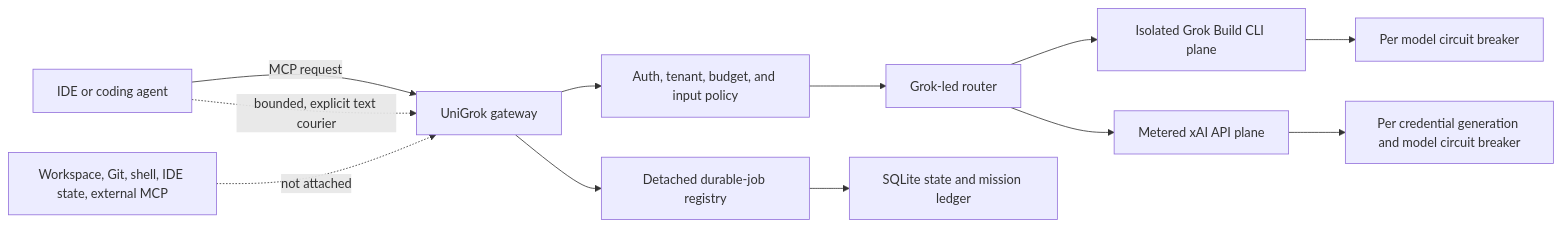
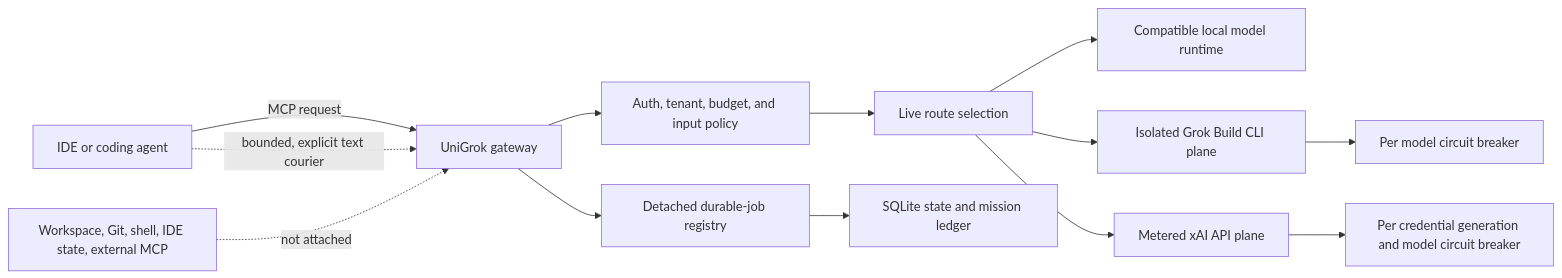
One commit to djtelicloud/grok-mcp-server changed the first of 3 diagrams in docs/architecture.md. Above: the diagram before and after it, drawn with Mermaid. The commit also changed other lines of this file and 51 other files, not shown here.

````diff
--- a/docs/architecture.md
+++ b/docs/architecture.md
@@ -9,15 +9,16 @@
 ```mermaid
 flowchart LR
     IDE["IDE or coding agent"] -->|"MCP request"| GW["UniGrok gateway"]
     GW --> AUTH["Auth, tenant, budget, and input policy"]
-    AUTH --> ROUTER["Grok-led router"]
+    AUTH --> ROUTER["Live route selection"]
+    ROUTER --> LOCAL["Compatible local model runtime"]
     ROUTER --> CLI["Isolated Grok Build CLI plane"]
     ROUTER --> API["Metered xAI API plane"]
     GW --> JOBS["Detached durable-job registry"]
     JOBS --> DB["SQLite state and mission ledger"]
     CLI --> CB1["Per model circuit breaker"]
     API --> CB2["Per credential generation and model circuit breaker"]
 
     IDE -. "bounded, explicit text courier" .-> GW
     HOST["Workspace, Git, shell, IDE state, external MCP"] -. "not attached" .-> GW
 ```
````
